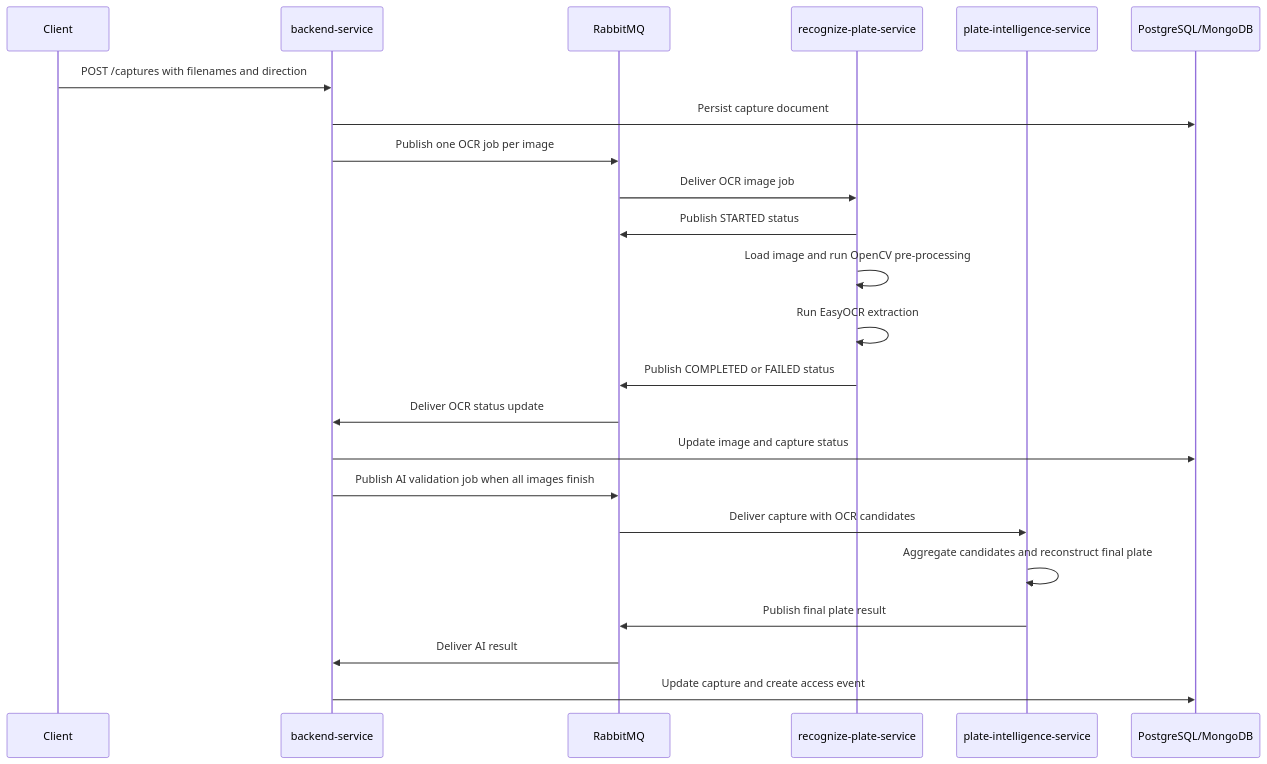
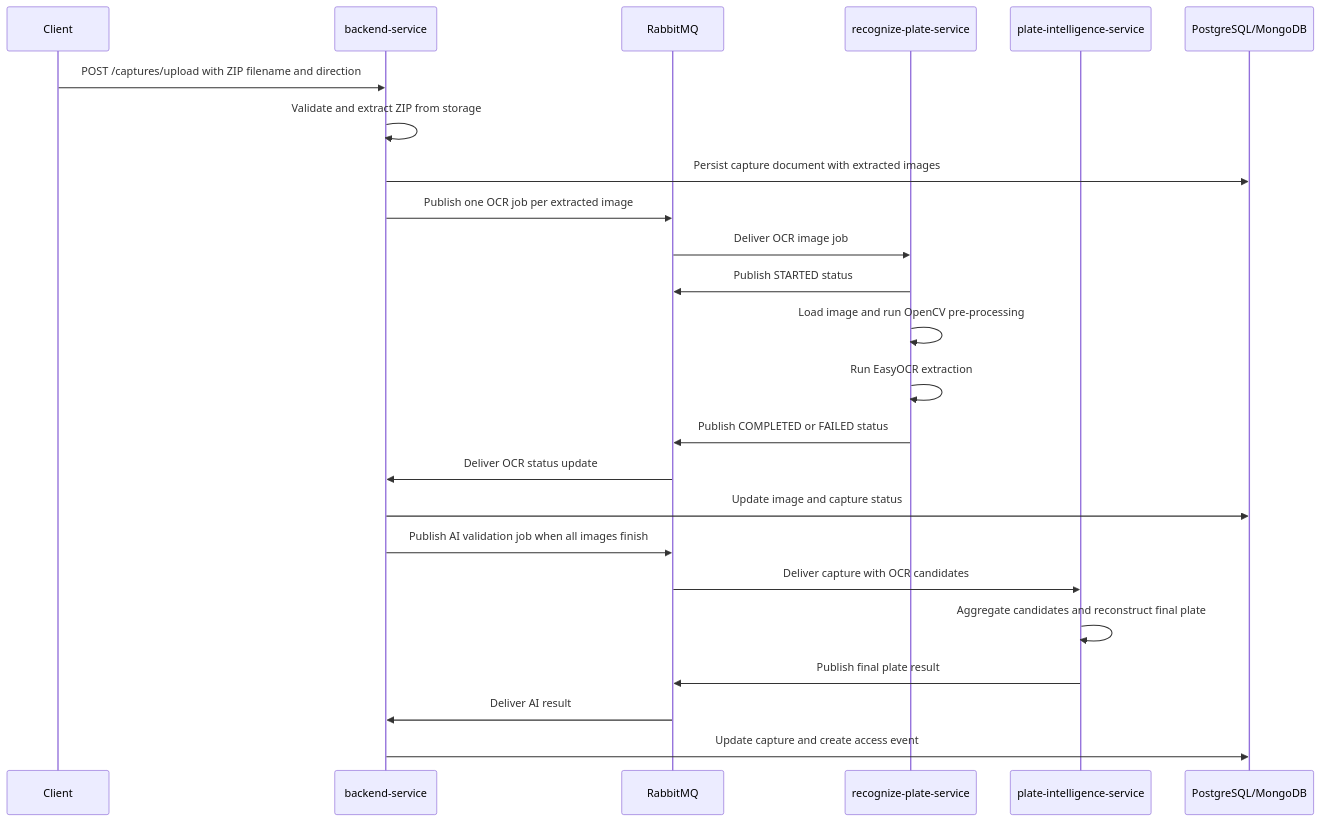
One commit to arthurscarpin/access-hub-monorepo changed the second of 5 diagrams in README.md. Above: the diagram before and after it, drawn with Mermaid. The commit also changed other lines of this file and 4 other files, not shown here.

````diff
--- a/README.md
+++ b/README.md
@@ -39,30 +39,31 @@
 ```mermaid
 sequenceDiagram
     participant Client
     participant Backend as backend-service
     participant RabbitMQ
     participant OCR as recognize-plate-service
     participant AI as plate-intelligence-service
     participant DB as PostgreSQL/MongoDB
 
-    Client->>Backend: POST /captures with filenames and direction
-    Backend->>DB: Persist capture document
-    Backend->>RabbitMQ: Publish one OCR job per image
+    Client->>Backend: POST /captures/upload with ZIP filename and direction
+    Backend->>Backend: Validate and extract ZIP from storage
+    Backend->>DB: Persist capture document with extracted images
+    Backend->>RabbitMQ: Publish one OCR job per extracted image
 
     RabbitMQ->>OCR: Deliver OCR image job
     OCR->>RabbitMQ: Publish STARTED status
     OCR->>OCR: Load image and run OpenCV pre-processing
     OCR->>OCR: Run EasyOCR extraction
     OCR->>RabbitMQ: Publish COMPLETED or FAILED status
 
     RabbitMQ->>Backend: Deliver OCR status update
     Backend->>DB: Update image and capture status
 
     Backend->>RabbitMQ: Publish AI validation job when all images finish
     RabbitMQ->>AI: Deliver capture with OCR candidates
     AI->>AI: Aggregate candidates and reconstruct final plate
     AI->>RabbitMQ: Publish final plate result
 
     RabbitMQ->>Backend: Deliver AI result
     Backend->>DB: Update capture and create access event
 ```
````
